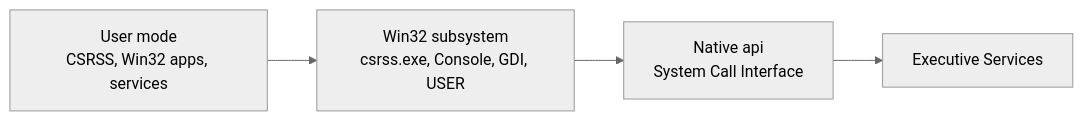
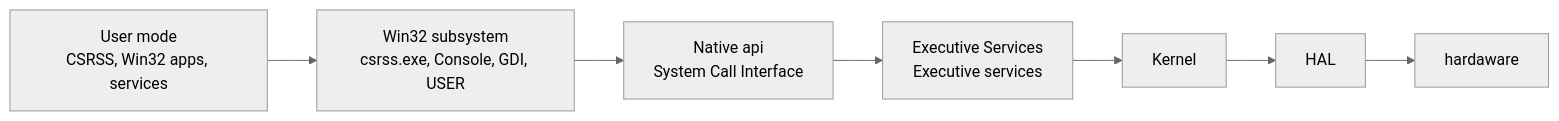
The diagram in htb/academy/WINDOWS/kernel architecture.md (0xClumzzy/learning), drawn with Mermaid (neutral theme) before and after one commit.

Commit message:
vault backup: 2026-09-10 03:00:05

````diff
--- a/htb/academy/WINDOWS/kernel architecture.md
+++ b/htb/academy/WINDOWS/kernel architecture.md
@@ -21,7 +21,10 @@
 ```mermaid
 flowchart LR
  a[User mode<br/>CSRSS, Win32 apps, services]
     --> b[Win32 subsystem<br/>csrss.exe, Console, GDI, USER]
 	    --> c[Native api<br/>  System Call Interface]
-		    --> d[Executive Services<br/>]
+		    --> d[Executive Services<br/>Executive services]
+			    --> e[Kernel]
+				    --> f[HAL]
+					    --> g[hardaware]
 ```
````
